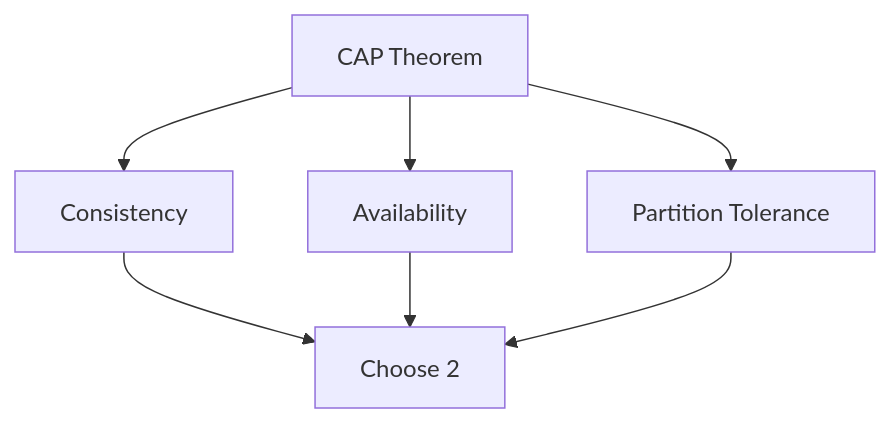
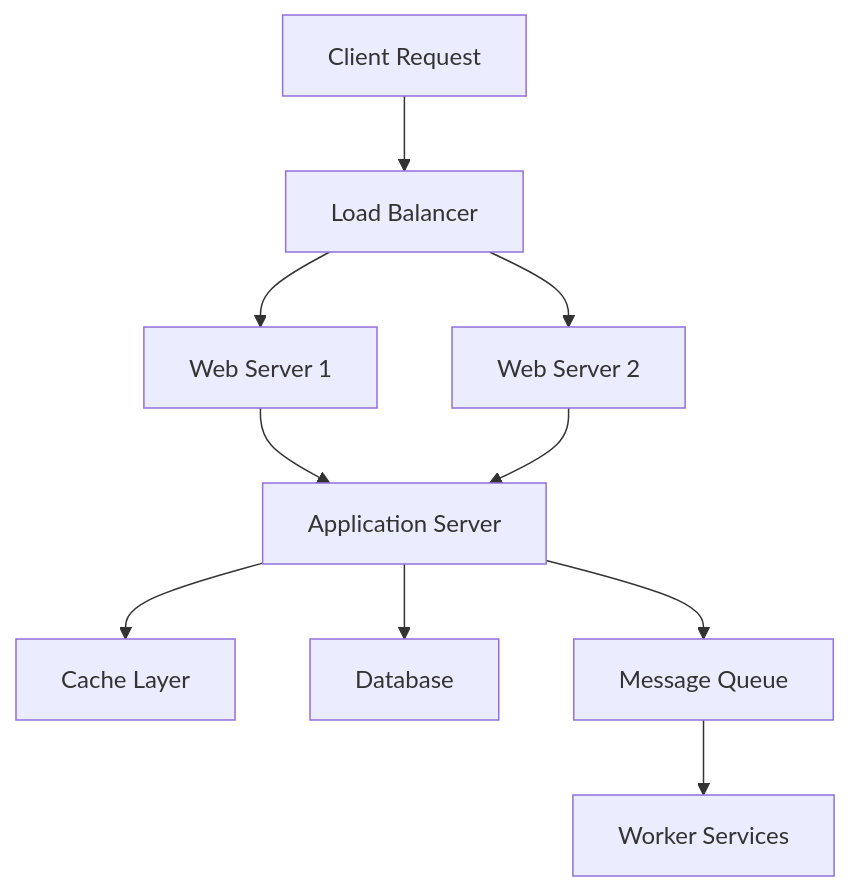
Before and after one commit to VrushankPatel/interview-matters: the first of 2 diagrams in system-design-basics/README.md, drawn with Mermaid. The commit also changed other lines of this file and 3 other files, not shown here.

Commit message:
kb: add/update topics - Collections & Data Structures, Java Stream API & Functional Programming, System Design Basics, High Scalability Patterns, CAP Theorem & Distributed Systems

````diff
--- a/system-design-basics/README.md
+++ b/system-design-basics/README.md
@@ -29,9 +31,12 @@
 ```mermaid
 graph TD
-    A[CAP Theorem] --> B[Consistency]
-    A --> C[Availability]
-    A --> D[Partition Tolerance]
-    B --> E[Choose 2]
-    C --> E
+    A[Client Request] --> B[Load Balancer]
+    B --> C[Web Server 1]
+    B --> D[Web Server 2]
+    C --> E[Application Server]
     D --> E
+    E --> F[Cache Layer]
+    E --> G[Database]
+    E --> H[Message Queue]
+    H --> I[Worker Services]
 ```
````
